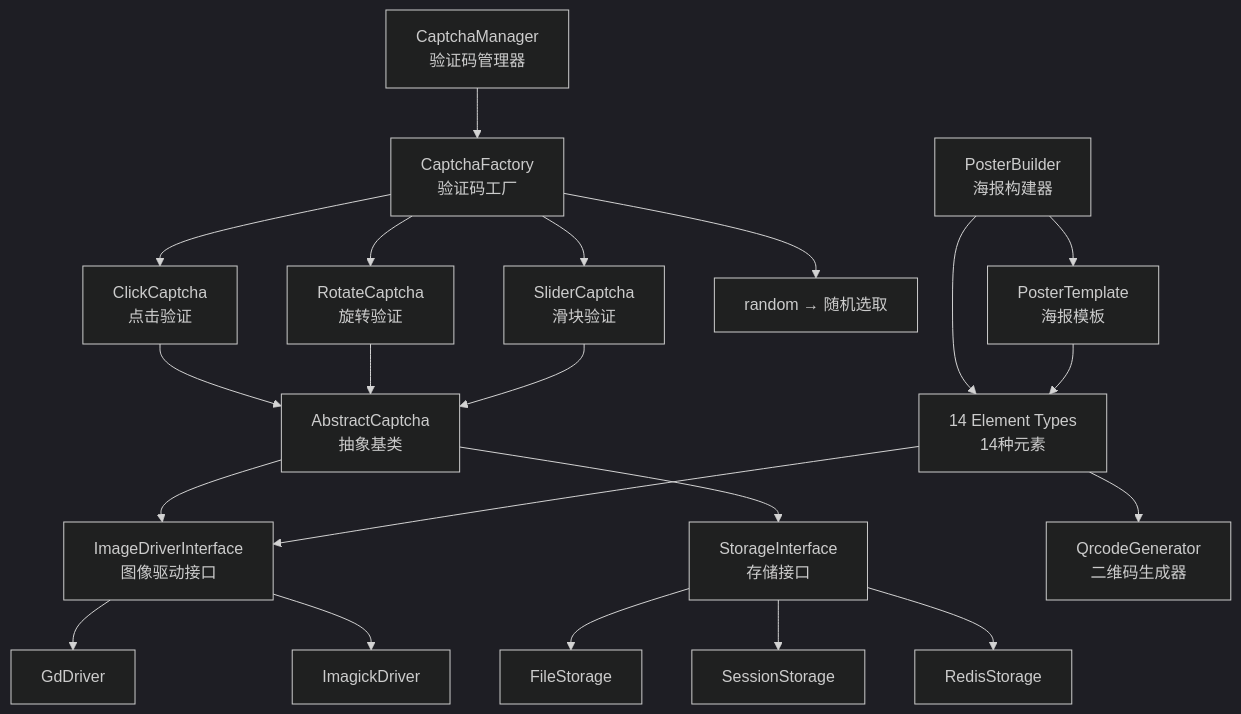
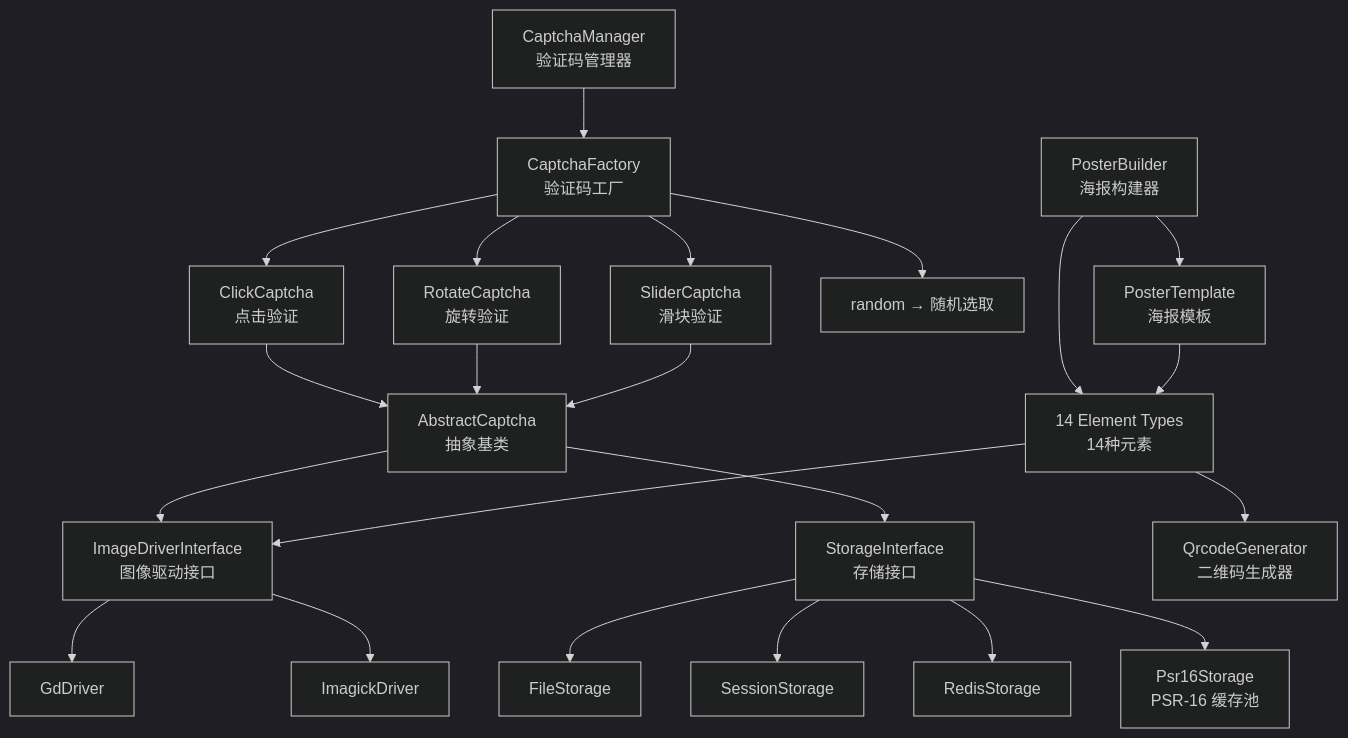
One commit to erikwang2013/poster-php changed the third of 11 diagrams in docs/architecture.md. Above: the diagram before and after it, drawn with Mermaid (dark theme). The commit also changed other lines of this file and 24 other files, not shown here.

Commit message:
fix: 存储层并发与静默失效（FileStorage 加锁与原子写、Session 守卫、auto 探测缓存）+ feat: PSR-16 适配与 Laravel 图片端点

````diff
--- a/docs/architecture.md
+++ b/docs/architecture.md
@@ -116,30 +119,31 @@
 ```mermaid
 graph TB
     CM["CaptchaManager<br/>验证码管理器"] --> CF["CaptchaFactory<br/>验证码工厂"]
     CF --> CC["ClickCaptcha<br/>点击验证"]
     CF --> RC["RotateCaptcha<br/>旋转验证"]
     CF --> SC["SliderCaptcha<br/>滑块验证"]
     CF --> RANDOM["random → 随机选取"]
 
     CC --> AC["AbstractCaptcha<br/>抽象基类"]
     RC --> AC
     SC --> AC
 
     AC --> ID["ImageDriverInterface<br/>图像驱动接口"]
     AC --> SI["StorageInterface<br/>存储接口"]
 
     ID --> GD["GdDriver"]
     ID --> IM["ImagickDriver"]
 
     SI --> FS["FileStorage"]
     SI --> SS["SessionStorage"]
     SI --> RS["RedisStorage"]
+    SI --> PS["Psr16Storage<br/>PSR-16 缓存池"]
 
     PB["PosterBuilder<br/>海报构建器"] --> ELEMENTS["14 Element Types<br/>14种元素"]
     PB --> PT["PosterTemplate<br/>海报模板"]
 
     ELEMENTS --> ID
     ELEMENTS --> QG["QrcodeGenerator<br/>二维码生成器"]
 
     PT --> ELEMENTS
 ```
````
